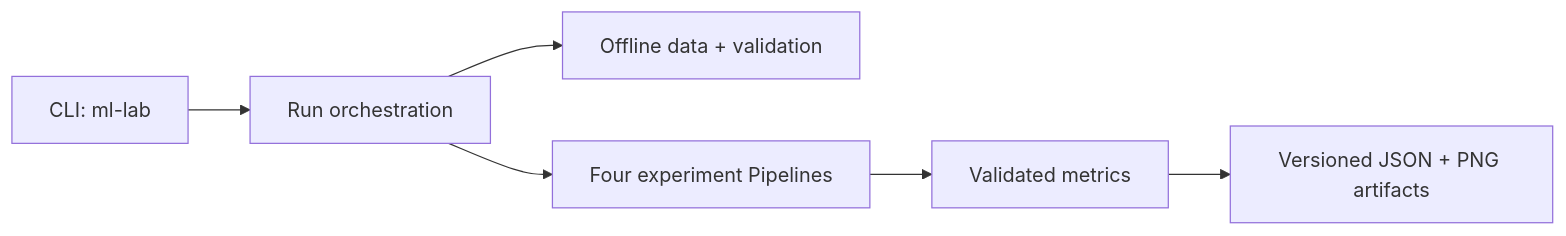
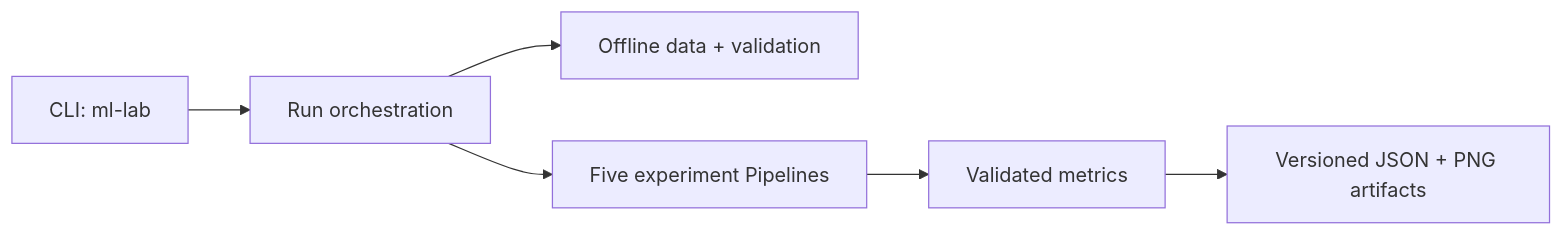
Before and after one commit to silasxlx/classical-ml-lab: the diagram in README.md, drawn with Mermaid. The commit also changed other lines of this file and 19 other files, not shown here.

````diff
--- a/README.md
+++ b/README.md
@@ -76,8 +79,8 @@
 ```mermaid
 flowchart LR
     CLI["CLI: ml-lab"] --> Runner["Run orchestration"]
     Runner --> Data["Offline data + validation"]
-    Runner --> Experiments["Four experiment Pipelines"]
+    Runner --> Experiments["Five experiment Pipelines"]
     Experiments --> Metrics["Validated metrics"]
     Metrics --> Artifacts["Versioned JSON + PNG artifacts"]
 ```
````
